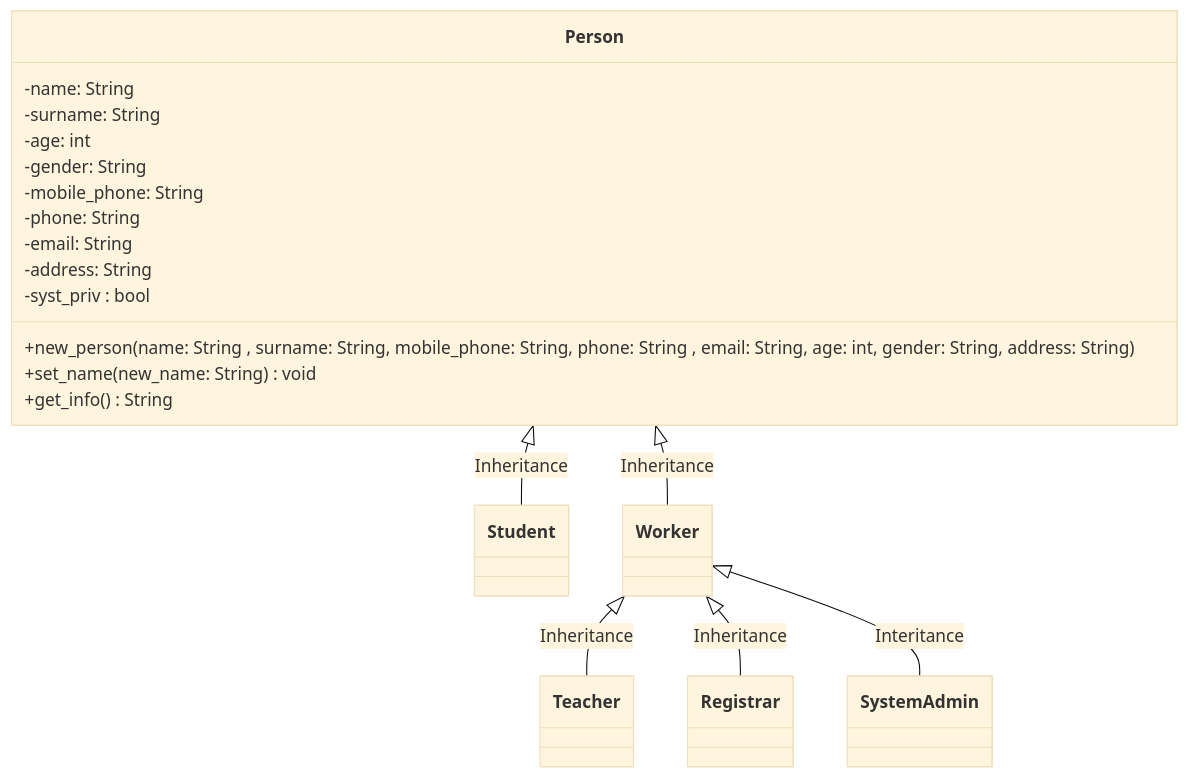
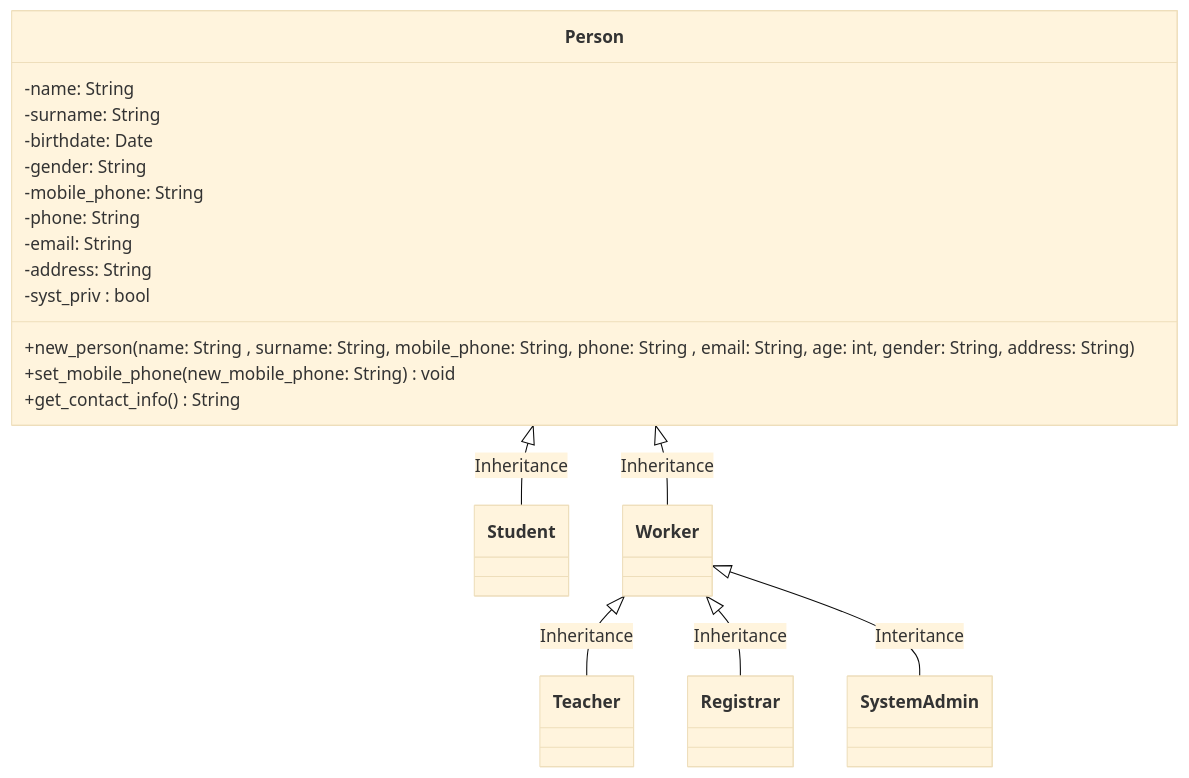
The second of 9 diagrams in Project/UML_Diag.md (ondergormez/BLM3722_Software_Engineering), drawn with Mermaid (base theme) before and after one commit. The commit also changed 4 other files, not shown here.

````diff
--- a/Project/UML_Diag.md
+++ b/Project/UML_Diag.md
@@ -61,23 +61,23 @@
 ```mermaid
 classDiagram
     Person <|-- Student : Inheritance
     Person <|-- Worker : Inheritance
     Worker <|-- Teacher : Inheritance
     Worker <|-- Registrar : Inheritance
     Worker <|-- SystemAdmin: Interitance
 
     class Person{
     -name: String
     -surname: String
-    -age: int
+    -birthdate: Date
     -gender: String
     -mobile_phone: String
     -phone: String
     -email: String
     -address: String
     -syst_priv : bool
     +new_person(name: String , surname: String, mobile_phone: String, phone: String , email: String, age: int, gender: String, address: String)
-    +set_name(new_name: String ) void
-    +get_info() String
+    +set_mobile_phone(new_mobile_phone: String ) void
+    +get_contact_info() String
     }
 ```
````
